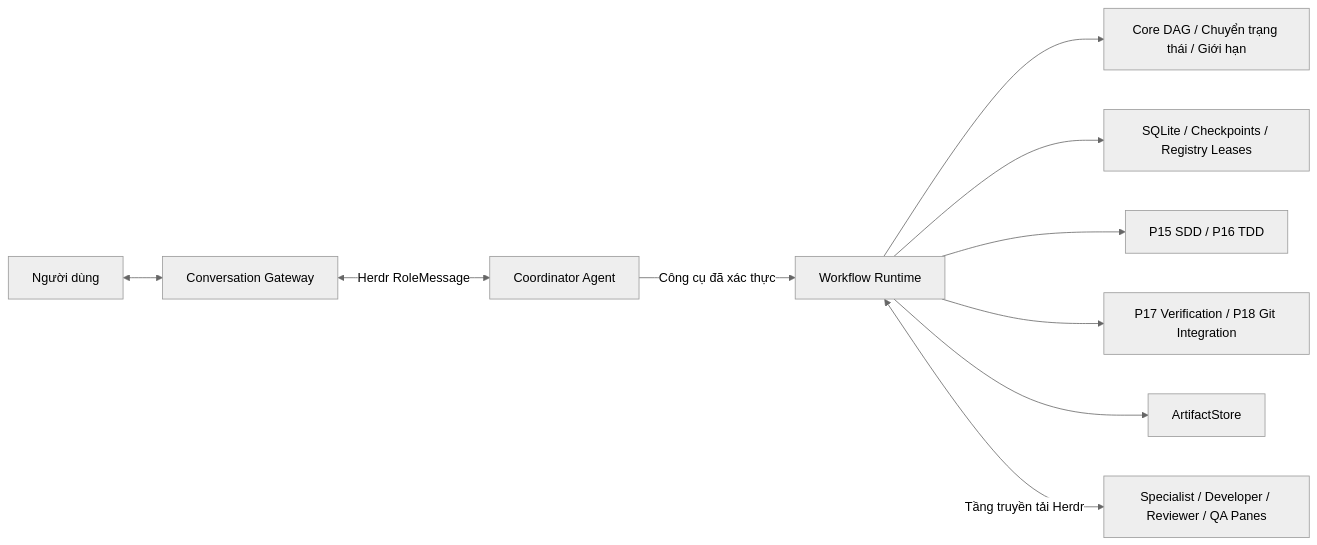
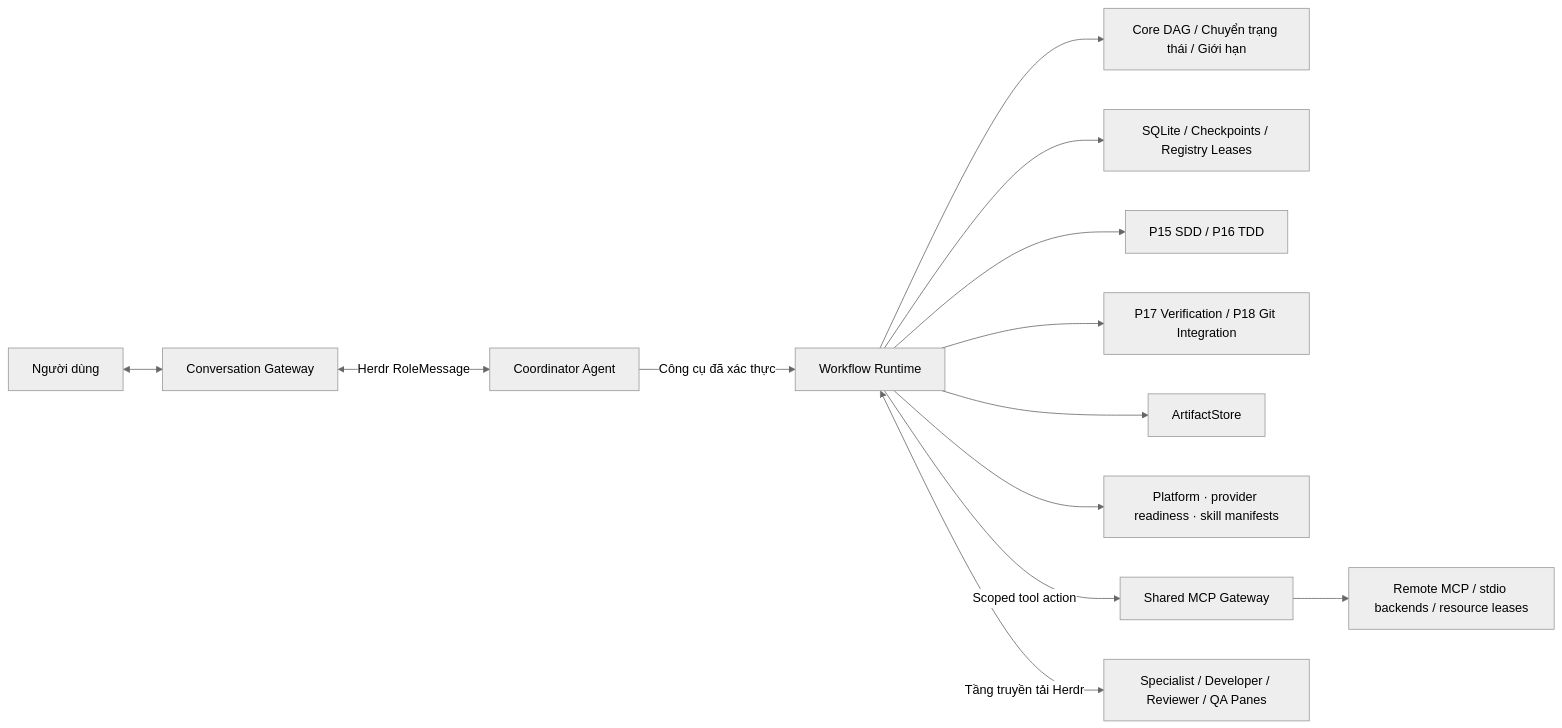
The diagram in docs/guide/architecture-overview.md (qxbao/bflow), drawn with Mermaid (neutral theme) before and after one commit. The commit also changed other lines of this file and 123 other files, not shown here.

````diff
--- a/docs/guide/architecture-overview.md
+++ b/docs/guide/architecture-overview.md
@@ -16,12 +18,15 @@
 ```mermaid
 flowchart LR
     U[Người dùng] <--> C[Conversation Gateway]
     C <-->|Herdr RoleMessage| A[Coordinator Agent]
     A -->|Công cụ đã xác thực| R[Workflow Runtime]
     R --> E[Core DAG / Chuyển trạng thái / Giới hạn]
     R --> P[SQLite / Checkpoints / Registry Leases]
     R --> S[P15 SDD / P16 TDD]
     R --> V[P17 Verification / P18 Git Integration]
     R --> F[ArtifactStore]
+    R --> L[Platform · provider readiness · skill manifests]
+    R -->|Scoped tool action| G[Shared MCP Gateway]
+    G --> T[Remote MCP / stdio backends / resource leases]
     R <-->|Tầng truyền tải Herdr| H[Specialist / Developer / Reviewer / QA Panes]
 ```
````
